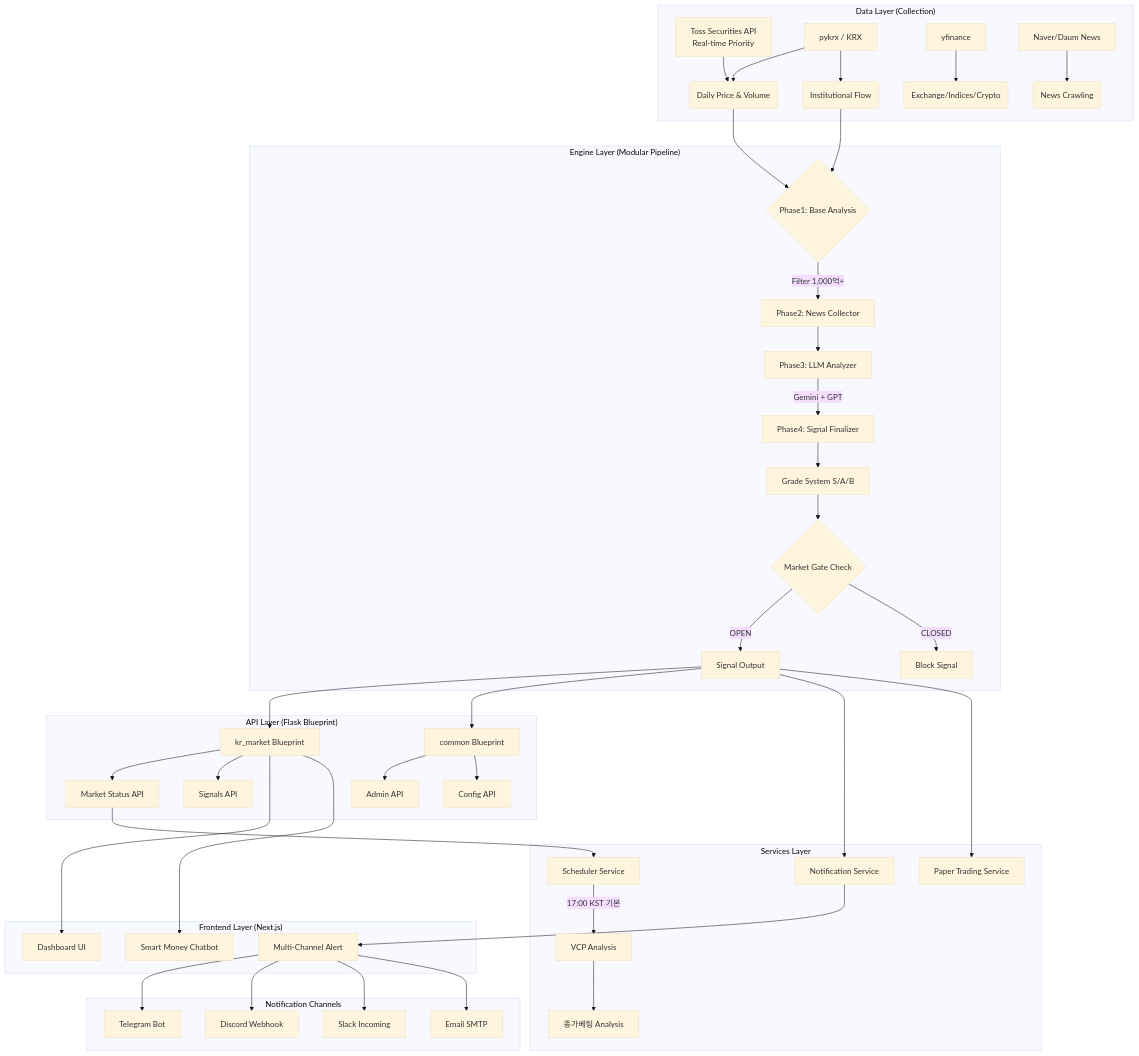
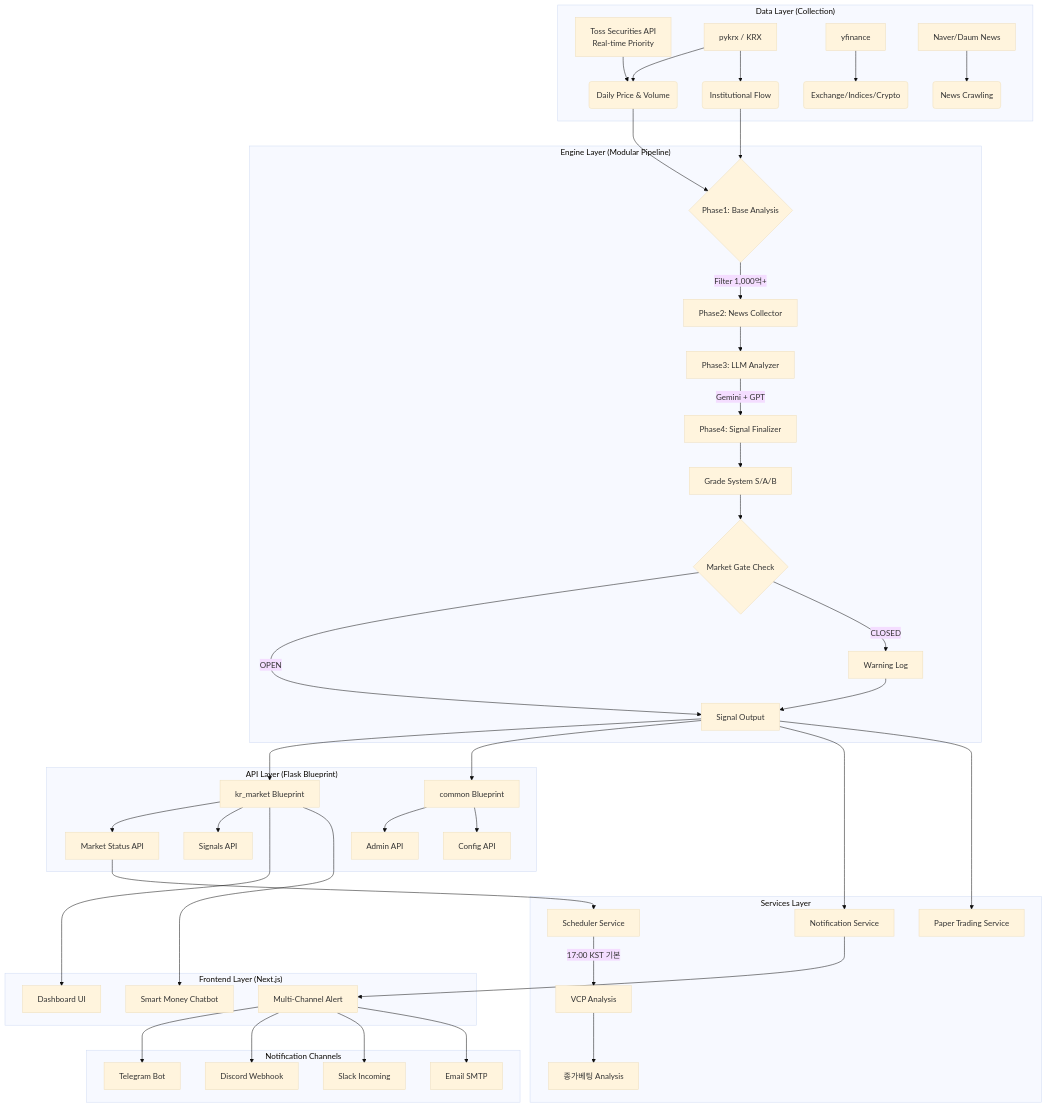
Before and after one commit to freelife1191/closing-bet-demo: the first of 6 diagrams in README.md, drawn with Mermaid (base theme). The commit also changed other lines of this file and 1 other file, not shown here.

````diff
--- a/README.md
+++ b/README.md
@@ -172,52 +172,53 @@
 ```mermaid
 graph TD
     subgraph "Data Layer (Collection)"
         A[Toss Securities API<br>Real-time Priority] --> B(Daily Price & Volume)
         C[pykrx / KRX] --> B
         C --> D(Institutional Flow)
         E[yfinance] --> F(Exchange/Indices/Crypto)
         G[Naver/Daum News] --> H(News Crawling)
     end
 
     subgraph "Engine Layer (Modular Pipeline)"
         B & D --> I{Phase1: Base Analysis}
         I -->|Filter 1,000억+| J[Phase2: News Collector]
         J --> K[Phase3: LLM Analyzer]
         K -->|Gemini + GPT| L[Phase4: Signal Finalizer]
         L --> M[Grade System S/A/B]
 
         M --> N{Market Gate Check}
         N -->|OPEN| O[Signal Output]
-        N -->|CLOSED| P[Block Signal]
+        N -->|CLOSED| P[Warning Log]
+        P --> O
     end
 
     subgraph "API Layer (Flask Blueprint)"
         O --> Q[kr_market Blueprint]
         O --> R[common Blueprint]
         Q --> S[Market Status API]
         Q --> T[Signals API]
         R --> U[Admin API]
         R --> V[Config API]
     end
 
     subgraph "Services Layer"
         S --> W[Scheduler Service]
         O --> X[Notification Service]
         O --> Y[Paper Trading Service]
         W -->|17:00 KST 기본| AA[VCP Analysis]
         AA --> Z[종가베팅 Analysis]
     end
 
     subgraph "Frontend Layer (Next.js)"
         Q --> AB[Dashboard UI]
         Q --> AC[Smart Money Chatbot]
         X --> AD[Multi-Channel Alert]
     end
 
     subgraph "Notification Channels"
         AD --> AE[Telegram Bot]
         AD --> AF[Discord Webhook]
         AD --> AG[Slack Incoming]
         AD --> AH[Email SMTP]
     end
 ```
````
